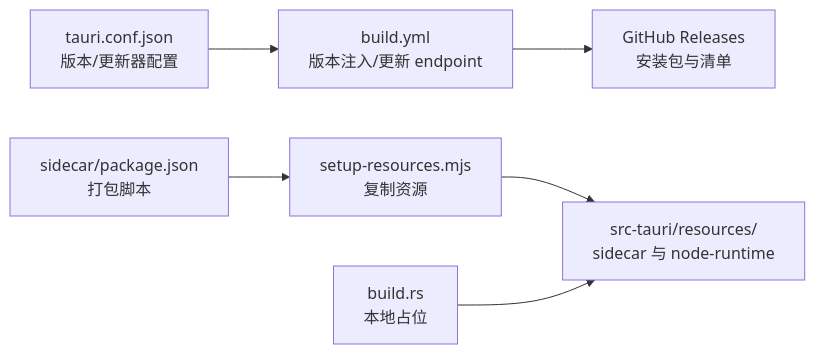
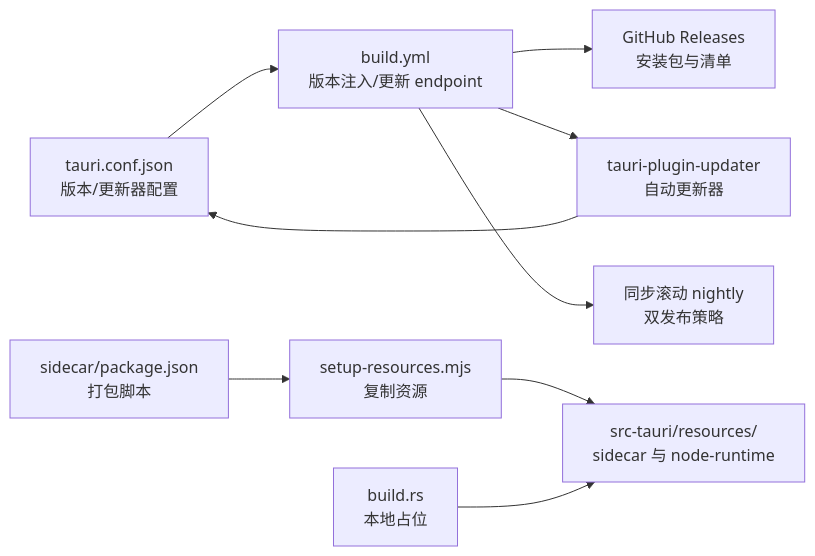
The seventh of 7 diagrams in .qoder/repowiki/zh/content/部署和发布/发布流程.md (RabbitAI-Lab/RabbitCoding), drawn with Mermaid before and after one commit. The commit also changed other lines of this file and 32 other files, not shown here.

````diff
--- a/.qoder/repowiki/zh/content/部署和发布/发布流程.md
+++ b/.qoder/repowiki/zh/content/部署和发布/发布流程.md
@@ -236,8 +314,11 @@
 ```mermaid
 graph LR
 TauriConf["tauri.conf.json<br/>版本/更新器配置"] --> CI["build.yml<br/>版本注入/更新 endpoint"]
 SidePkg["sidecar/package.json<br/>打包脚本"] --> Res["setup-resources.mjs<br/>复制资源"]
 Res --> TauriRes["src-tauri/resources/<br/>sidecar 与 node-runtime"]
 CargoRS["build.rs<br/>本地占位"] --> TauriRes
 CI --> Release["GitHub Releases<br/>安装包与清单"]
+CI --> UpdaterPlugin["tauri-plugin-updater<br/>自动更新器"]
+UpdaterPlugin --> TauriConf
+CI --> SyncNightly["同步滚动 nightly<br/>双发布策略"]
 ```
````
